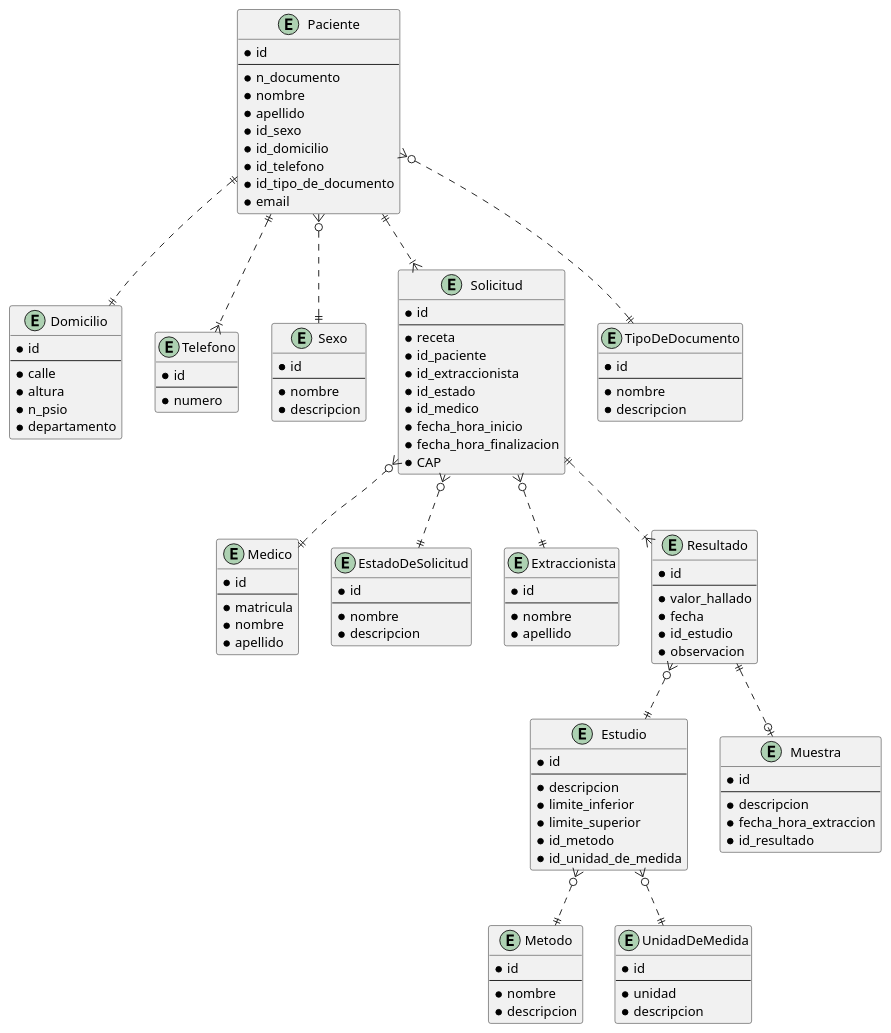
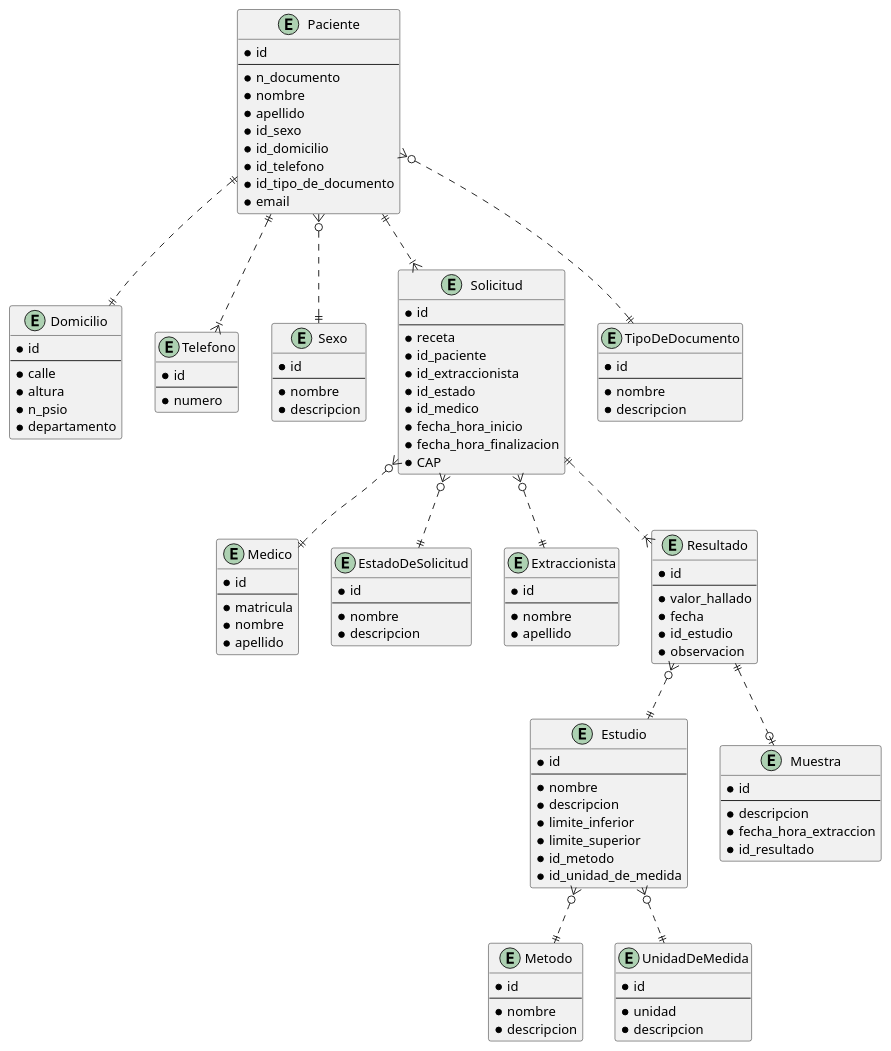
Before and after one commit to MateMar04/Biomedica: the diagram in Diagrams/ERDiagram.wsd, drawn with PlantUML. The commit also changed 2 other files, not shown here.

Commit message:
Corrections in sql file and diagrams. Also added inserts in sql files.

```diff
--- a/Diagrams/ERDiagram.wsd
+++ b/Diagrams/ERDiagram.wsd
@@ -1,134 +1,135 @@
 @startuml ERDiagram
 entity Medico {
     * id
     --
     * matricula
     * nombre
     * apellido
 }
 
 entity Domicilio {
     * id
     --
     * calle
     * altura
     * n_psio
     * departamento
 }
 
 entity Telefono {
     * id
     --
     * numero
 }
 
 entity Sexo {
     * id
     --
     * nombre
     * descripcion
 }
 
 entity Paciente {
     * id
     --
     * n_documento
     * nombre
     * apellido
     * id_sexo
     * id_domicilio
     * id_telefono
     * id_tipo_de_documento
     * email
 }
 
 entity EstadoDeSolicitud {
     * id
     --
     * nombre
     * descripcion
 }
 
 entity Estudio {
     * id
     --
+    * nombre
     * descripcion
     * limite_inferior
     * limite_superior
     * id_metodo
     * id_unidad_de_medida
 }
 
 entity Solicitud {
     * id
     --
     * receta
     * id_paciente
     * id_extraccionista
     * id_estado
     * id_medico
     * fecha_hora_inicio
     * fecha_hora_finalizacion
     * CAP
 }
 
 entity Extraccionista {
     * id
     --
     * nombre
     * apellido
 }
 
 entity Muestra {
     * id
     --
     * descripcion
     * fecha_hora_extraccion
     * id_resultado
 }
 
 entity Metodo {
     * id
     --
     * nombre
     * descripcion
 }
 
 entity Resultado {
     * id
     --
     * valor_hallado
     * fecha
     * id_estudio
     * observacion
 }
 
 entity UnidadDeMedida {
     * id
     --
     * unidad
     * descripcion
 }
 
 entity TipoDeDocumento {
     * id
     --
     * nombre
     * descripcion
 }
 
 Paciente ||..|| Domicilio
 Paciente ||..|{ Telefono
 Paciente }o..|| Sexo
 Paciente ||..|{ Solicitud
 Paciente }o..|| TipoDeDocumento
 Solicitud }o..|| Medico
 Solicitud }o..|| EstadoDeSolicitud
 Resultado ||..o| Muestra
 Solicitud }o..|| Extraccionista
 Estudio }o..|| Metodo
 Solicitud ||..|{ Resultado
 Estudio }o..|| UnidadDeMedida
 Resultado }o..|| Estudio
 
 @enduml
```
